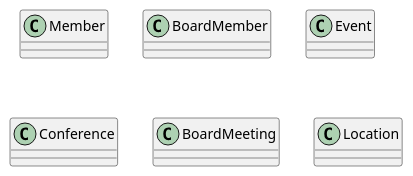
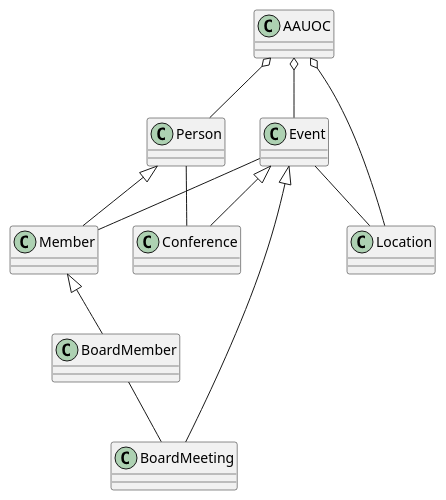
Before and after one commit to b3n0nk3/UMLClasesAngelFuentes: the diagram in Test.puml, drawn with PlantUML.

Commit message:
Union de clases

```diff
--- a/Test.puml
+++ b/Test.puml
@@ -1,11 +1,30 @@
 @startuml
 
 class Member
 class BoardMember
 class Event
 class Conference
 class BoardMeeting
 class Location
+class Person
+class AAUOC
+
+AAUOC o-- Event
+AAUOC o-- Person
+AAUOC o-- Location
 
 
+Event <|-- Conference
+Event <|-- BoardMeeting
+
+Person <|-- Member
+Member <|--BoardMember
+
+Event -- Member
+Event -- Location
+
+Person -- Conference
+
+BoardMember -- BoardMeeting
+
 @enduml
```
